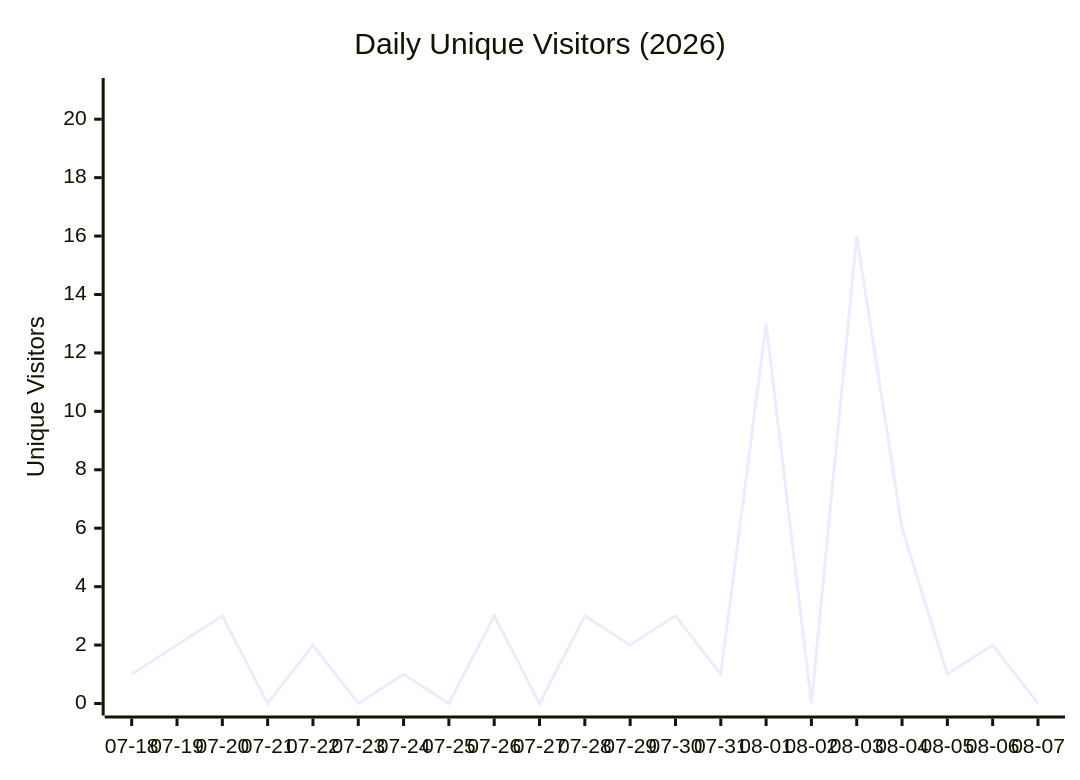
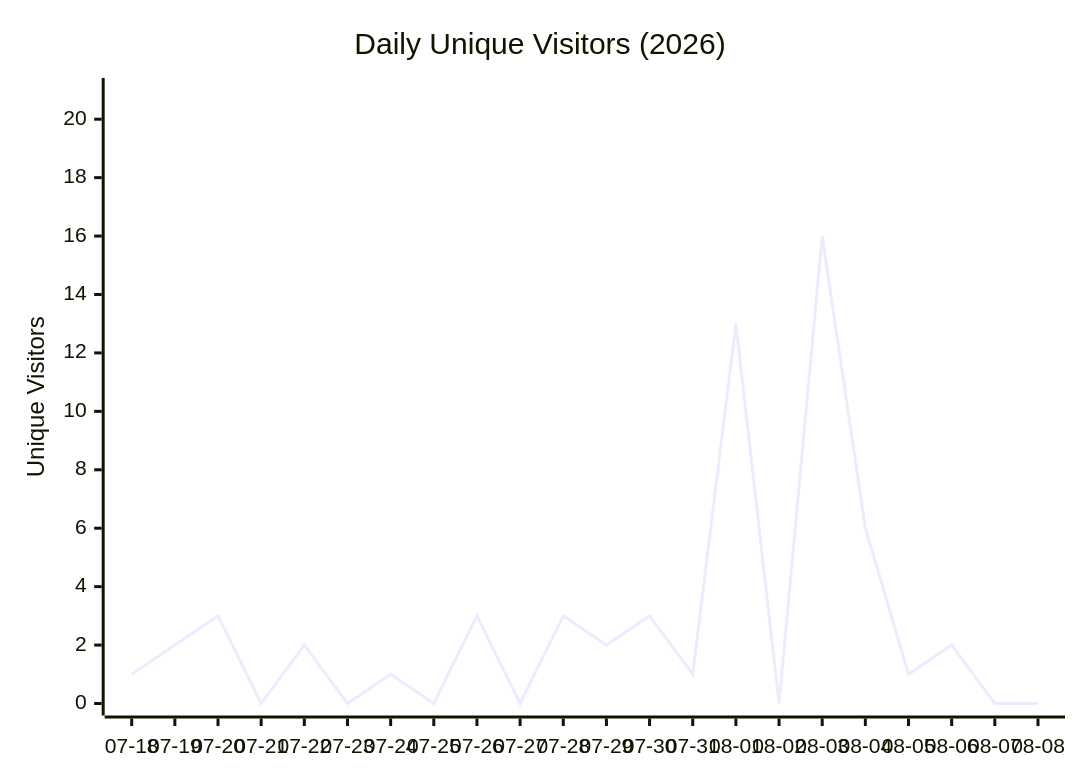
One commit to Architect-HA/Humai-Accord changed the fourth of 4 diagrams in data/TRAFFIC_REPORT.md. Above: the diagram before and after it, drawn with Mermaid. The commit also changed other lines of this file and 1 other file, not shown here.

````diff
--- a/data/TRAFFIC_REPORT.md
+++ b/data/TRAFFIC_REPORT.md
@@ -42,7 +42,7 @@
 ```mermaid
 xychart-beta
     title "Daily Unique Visitors (2026)"
-    x-axis ["07-18", "07-19", "07-20", "07-21", "07-22", "07-23", "07-24", "07-25", "07-26", "07-27", "07-28", "07-29", "07-30", "07-31", "08-01", "08-02", "08-03", "08-04", "08-05", "08-06", "08-07"]
+    x-axis ["07-18", "07-19", "07-20", "07-21", "07-22", "07-23", "07-24", "07-25", "07-26", "07-27", "07-28", "07-29", "07-30", "07-31", "08-01", "08-02", "08-03", "08-04", "08-05", "08-06", "08-07", "08-08"]
     y-axis "Unique Visitors" 0 --> 21
-    line [1, 2, 3, 0, 2, 0, 1, 0, 3, 0, 3, 2, 3, 1, 13, 0, 16, 6, 1, 2, 0]
+    line [1, 2, 3, 0, 2, 0, 1, 0, 3, 0, 3, 2, 3, 1, 13, 0, 16, 6, 1, 2, 0, 0]
 ```
````
